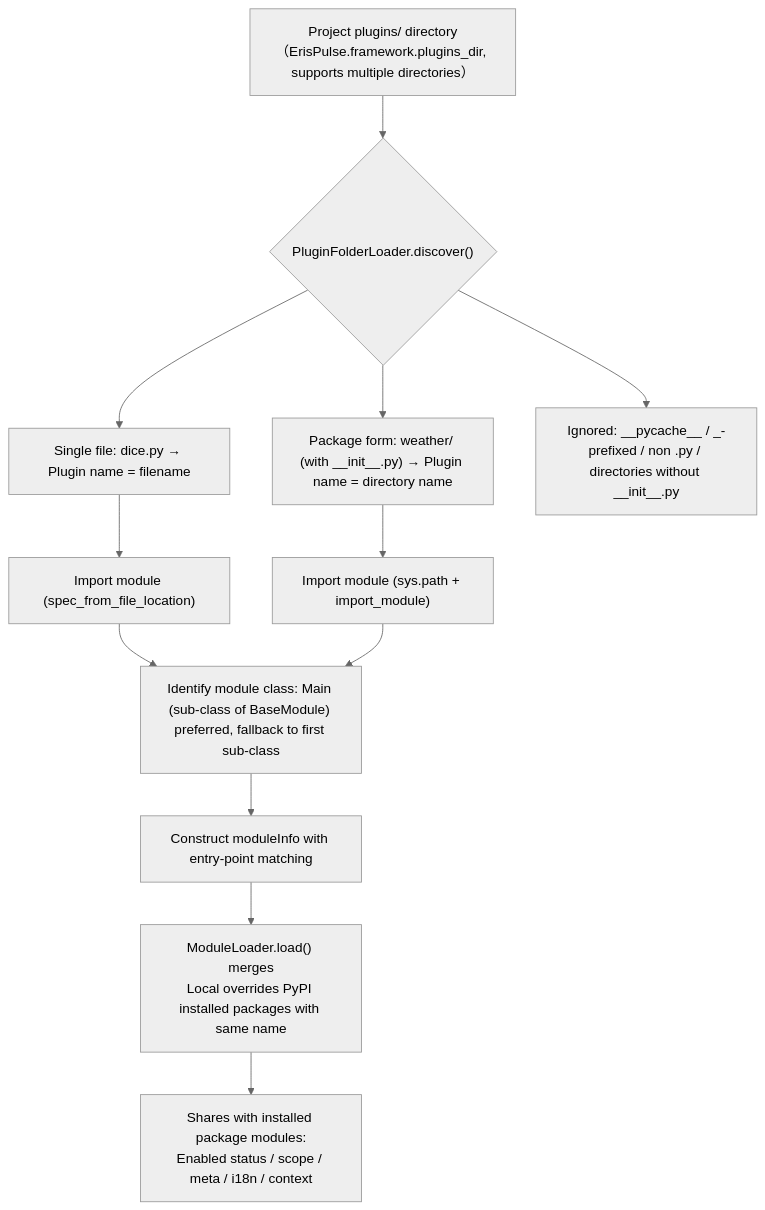
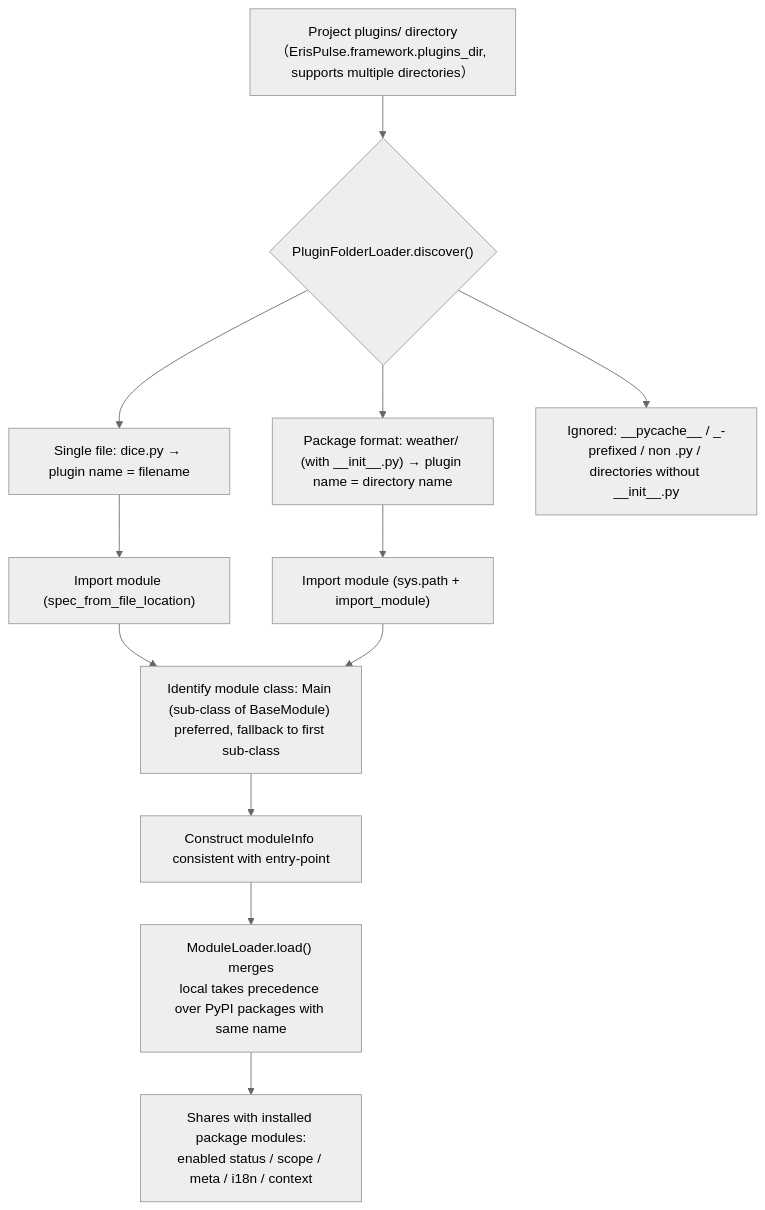
Before and after one commit to ErisPulse/ErisPulse: the seventh of 8 diagrams in docs/en/architecture.md, drawn with Mermaid (neutral theme). The commit also changed other lines of this file and 127 other files, not shown here.

````diff
--- a/docs/en/architecture.md
+++ b/docs/en/architecture.md
@@ -240,14 +217,14 @@
 ```mermaid
 flowchart TD
     A["Project plugins/ directory<br/>（ErisPulse.framework.plugins_dir, supports multiple directories）"] --> B{"PluginFolderLoader.discover()"}
-    B --> C["Single file: dice.py → Plugin name = filename"]
-    B --> D["Package form: weather/ (with __init__.py) → Plugin name = directory name"]
+    B --> C["Single file: dice.py → plugin name = filename"]
+    B --> D["Package format: weather/ (with __init__.py) → plugin name = directory name"]
     B --> E["Ignored: __pycache__ / _-prefixed / non .py / directories without __init__.py"]
     C --> F["Import module (spec_from_file_location)"]
     D --> G["Import module (sys.path + import_module)"]
     F --> H["Identify module class: Main (sub-class of BaseModule) preferred, fallback to first sub-class"]
     G --> H
-    H --> I["Construct moduleInfo with entry-point matching"]
-    I --> J["ModuleLoader.load() merges<br/>Local overrides PyPI installed packages with same name"]
-    J --> K["Shares with installed package modules:<br/>Enabled status / scope / meta / i18n / context"]
+    H --> I["Construct moduleInfo consistent with entry-point"]
+    I --> J["ModuleLoader.load() merges<br/>local takes precedence over PyPI packages with same name"]
+    J --> K["Shares with installed package modules:<br/>enabled status / scope / meta / i18n / context"]
 ```
````
